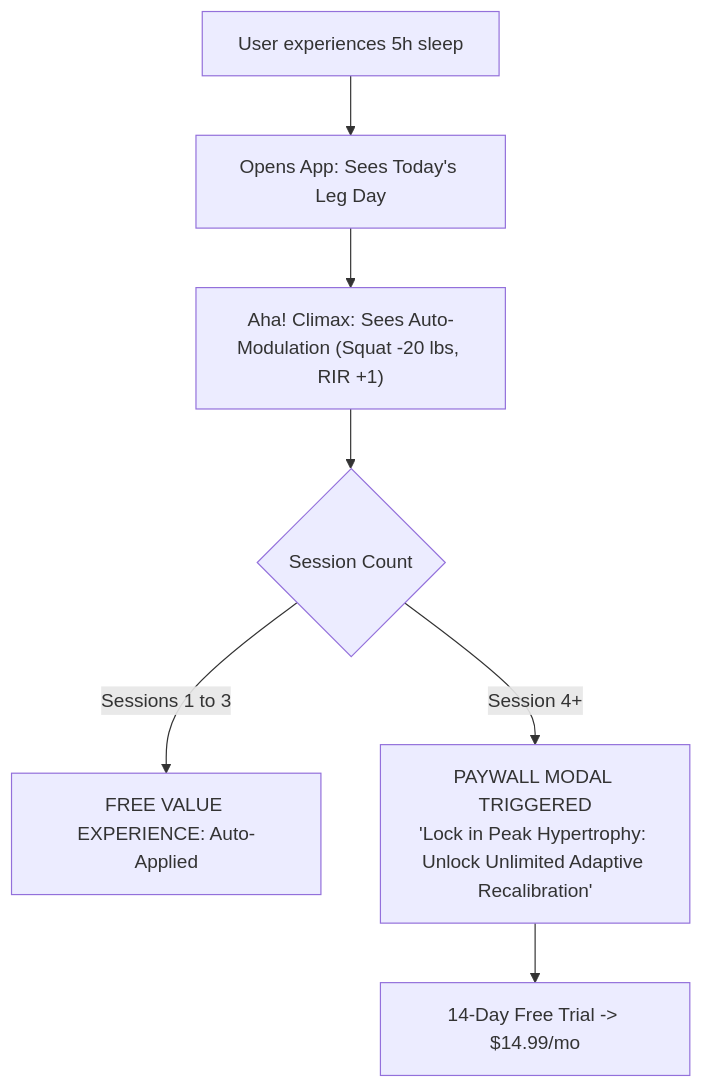
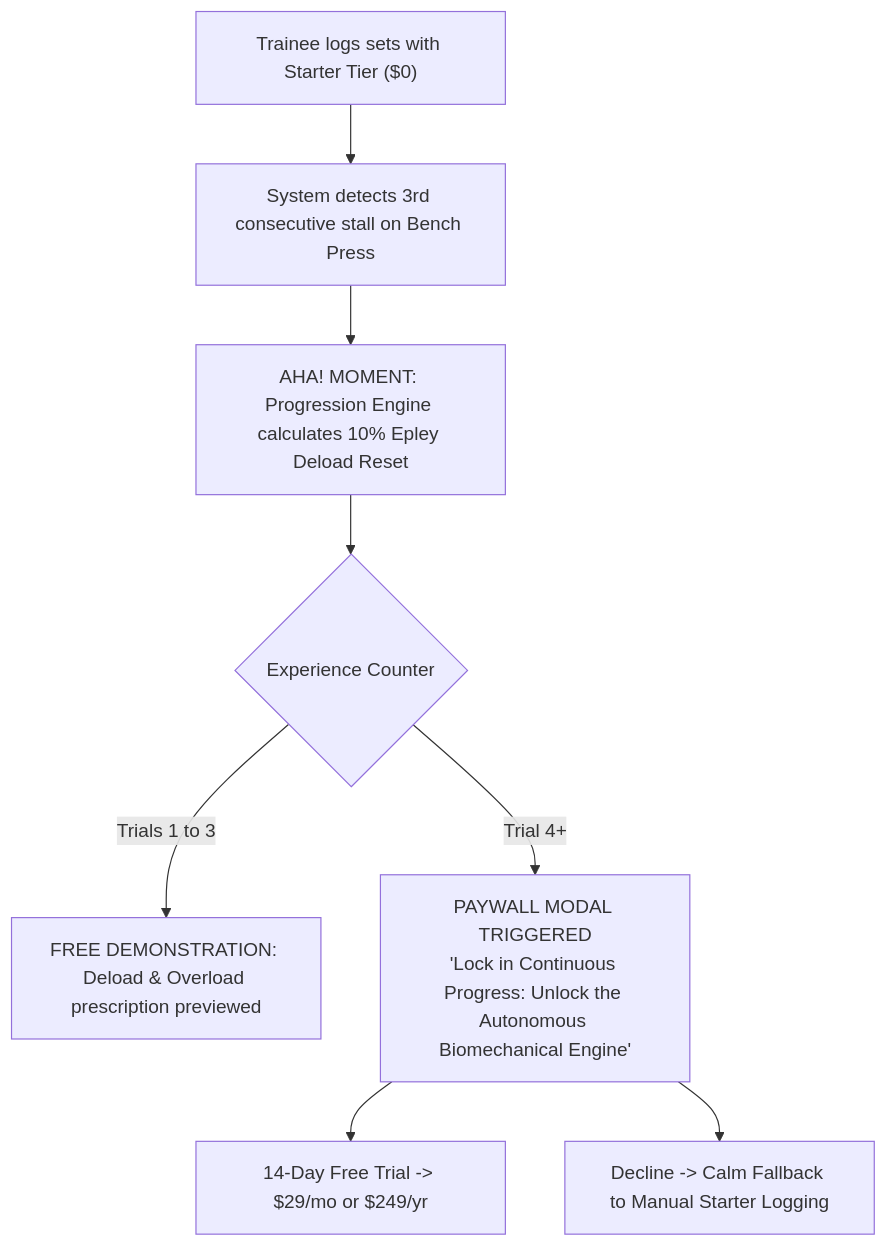
The diagram in docs/strategy/monetization-blueprint.md (aroucadi/vyra), drawn with Mermaid before and after one commit. The commit also changed other lines of this file and 15 other files, not shown here.

Commit message:
docs: synchronize experience architecture and strategy roadmap with Specs 001-018 production reality

````diff
--- a/docs/strategy/monetization-blueprint.md
+++ b/docs/strategy/monetization-blueprint.md
@@ -39,9 +75,10 @@
 ```mermaid
 flowchart TD
-    A["User experiences 5h sleep"] --> B["Opens App: Sees Today's Leg Day"]
-    B --> C["Aha! Climax: Sees Auto-Modulation (Squat -20 lbs, RIR +1)"]
-    C --> D{"Session Count"}
-    D -- "Sessions 1 to 3" --> E["FREE VALUE EXPERIENCE: Auto-Applied"]
-    D -- "Session 4+" --> F["PAYWALL MODAL TRIGGERED<br/>'Lock in Peak Hypertrophy: Unlock Unlimited Adaptive Recalibration'"]
-    F --> G["14-Day Free Trial -> $14.99/mo"]
+    A["Trainee logs sets with Starter Tier ($0)"] --> B["System detects 3rd consecutive stall on Bench Press"]
+    B --> C["AHA! MOMENT: Progression Engine calculates 10% Epley Deload Reset"]
+    C --> D{"Experience Counter"}
+    D -- "Trials 1 to 3" --> E["FREE DEMONSTRATION: Deload & Overload prescription previewed"]
+    D -- "Trial 4+" --> F["PAYWALL MODAL TRIGGERED<br/>'Lock in Continuous Progress: Unlock the Autonomous Biomechanical Engine'"]
+    F --> G["14-Day Free Trial -> $29/mo or $249/yr"]
+    F --> H["Decline -> Calm Fallback to Manual Starter Logging"]
 ```
````
